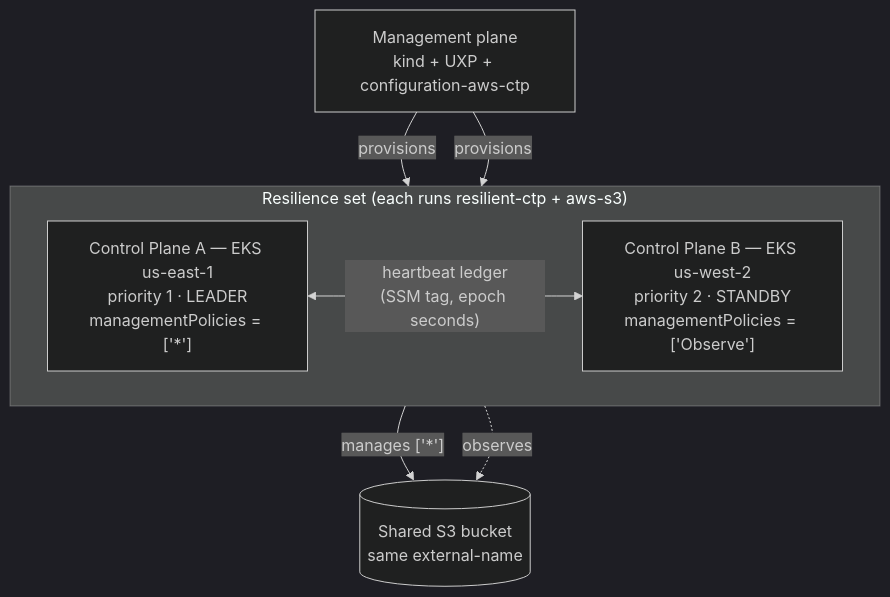
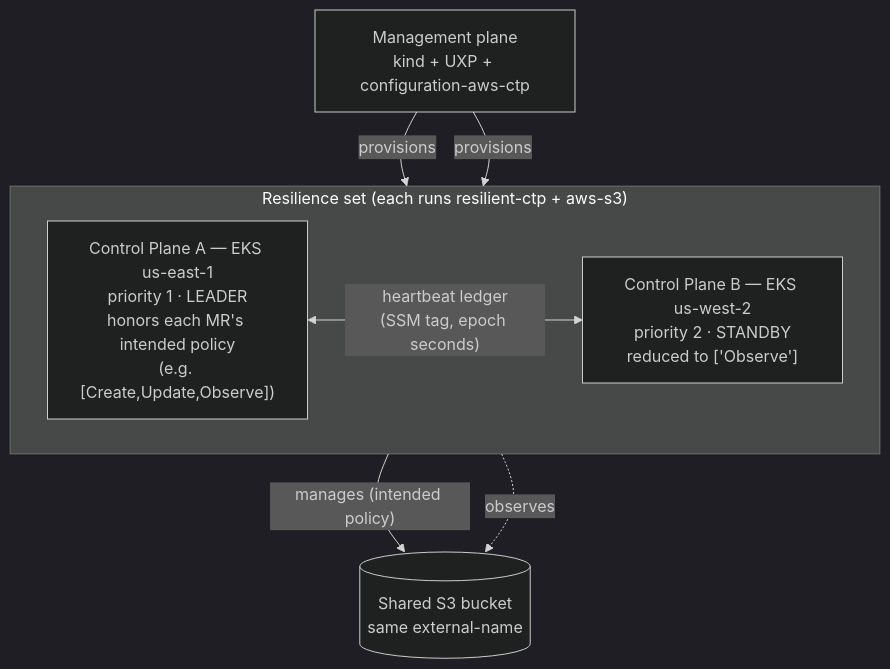
Before and after one commit to upbound/configuration-resilient-ctp: the first of 2 diagrams in docs/ARCHITECTURE.md, drawn with Mermaid (dark theme). The commit also changed other lines of this file and 1 other file, not shown here.

First line of the commit message:
docs: reflect leader-honors-intended-managementPolicies (not hardcoded ['*'])

````diff
--- a/docs/ARCHITECTURE.md
+++ b/docs/ARCHITECTURE.md
@@ -9,14 +9,14 @@
 ```mermaid
 flowchart TB
   mgmt["Management plane<br/>kind + UXP + configuration-aws-ctp"]
   mgmt -->|provisions| cpa
   mgmt -->|provisions| cpb
   subgraph set["Resilience set (each runs resilient-ctp + aws-s3)"]
     direction LR
-    cpa["Control Plane A — EKS us-east-1<br/>priority 1 · LEADER<br/>managementPolicies = ['*']"]
-    cpb["Control Plane B — EKS us-west-2<br/>priority 2 · STANDBY<br/>managementPolicies = ['Observe']"]
+    cpa["Control Plane A — EKS us-east-1<br/>priority 1 · LEADER<br/>honors each MR's intended policy<br/>(e.g. [Create,Update,Observe])"]
+    cpb["Control Plane B — EKS us-west-2<br/>priority 2 · STANDBY<br/>reduced to ['Observe']"]
     cpa <-->|"heartbeat ledger<br/>(SSM tag, epoch seconds)"| cpb
   end
-  cpa -->|"manages ['*']"| bkt[("Shared S3 bucket<br/>same external-name")]
+  cpa -->|"manages (intended policy)"| bkt[("Shared S3 bucket<br/>same external-name")]
   cpb -.->|observes| bkt
 ```
````
